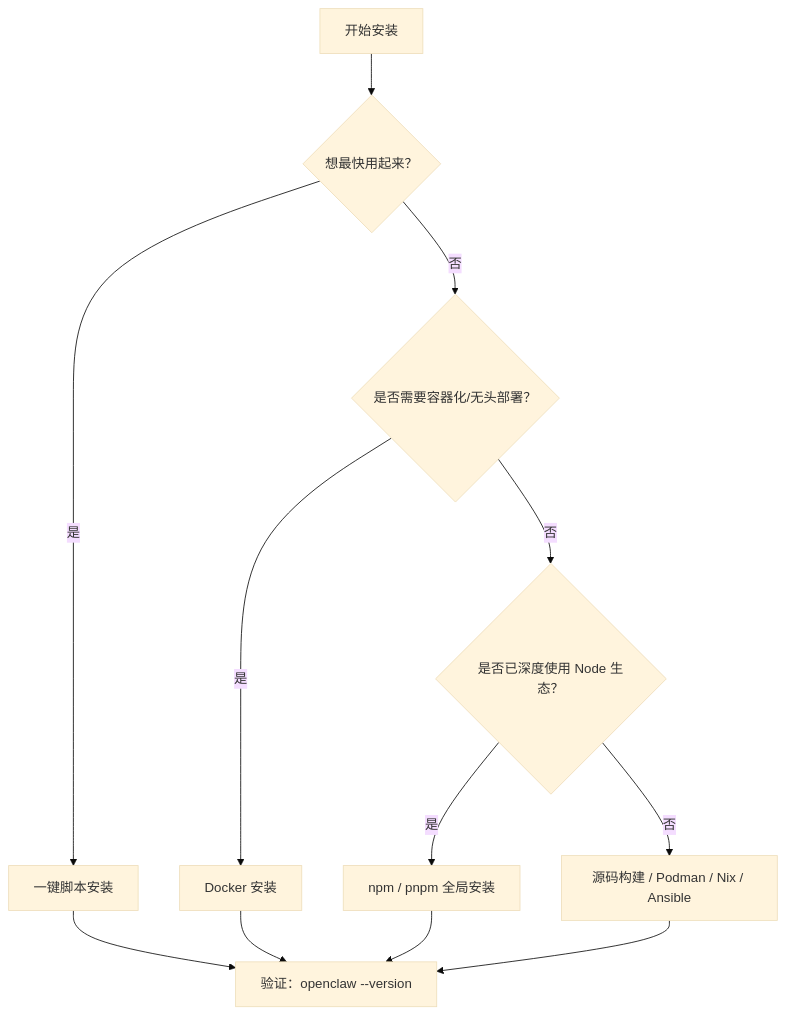
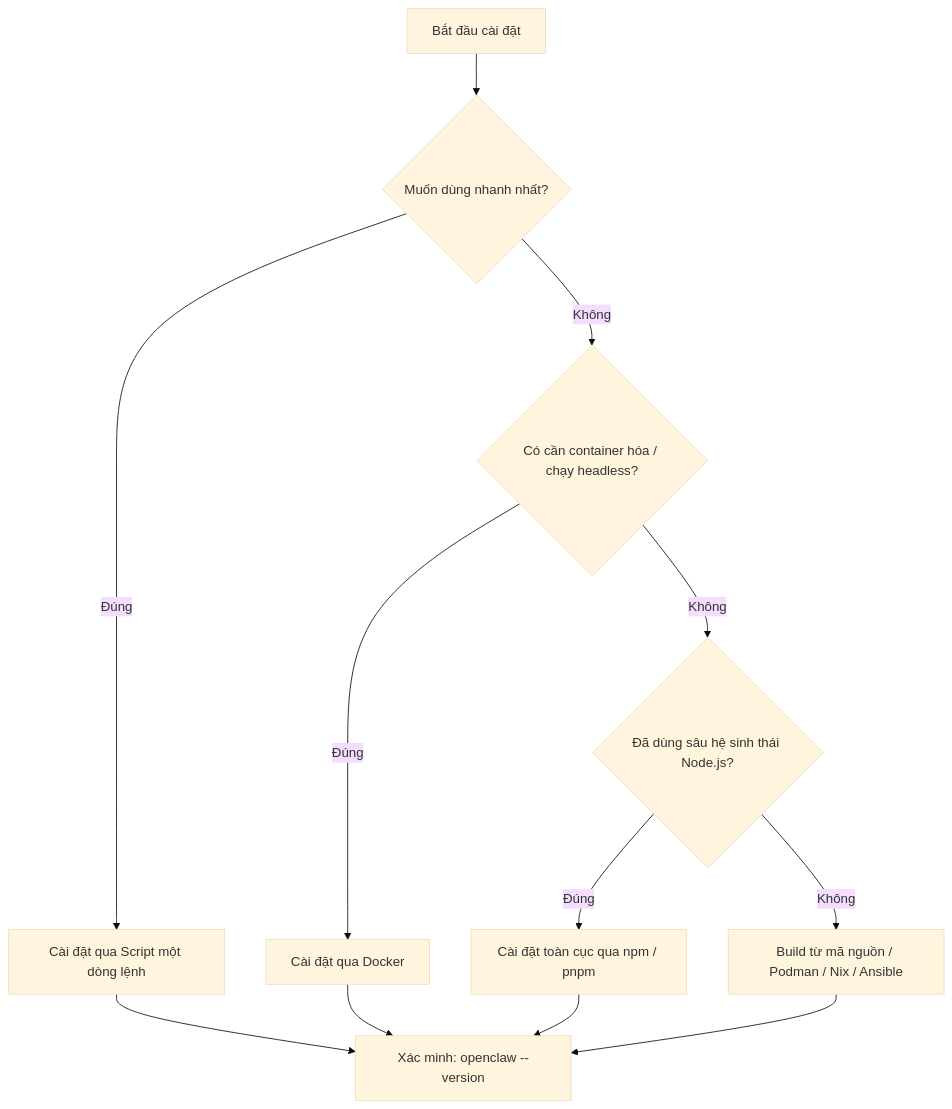
Before and after one commit to dino-edu/openclaw_guide: the diagram in 02_setup/2.2_installation.md, drawn with Mermaid (base theme). The commit also changed other lines of this file and 24 other files, not shown here.

````diff
--- a/02_setup/2.2_installation.md
+++ b/02_setup/2.2_installation.md
@@ -122,15 +122,15 @@
 ```mermaid
 flowchart TD
-  S["开始安装"] --> Q1{"想最快用起来？"}
-  Q1 -->|"是"| A["一键脚本安装"]
-  Q1 -->|"否"| Q2{"是否需要容器化/无头部署？"}
-  Q2 -->|"是"| B["Docker 安装"]
-  Q2 -->|"否"| Q3{"是否已深度使用 Node 生态？"}
-  Q3 -->|"是"| C["npm / pnpm 全局安装"]
-  Q3 -->|"否"| D["源码构建 / Podman / Nix / Ansible"]
+  S["Bắt đầu cài đặt"] --> Q1{"Muốn dùng nhanh nhất?"}
+  Q1 -->|"Đúng"| A["Cài đặt qua Script một dòng lệnh"]
+  Q1 -->|"Không"| Q2{"Có cần container hóa / chạy headless?"}
+  Q2 -->|"Đúng"| B["Cài đặt qua Docker"]
+  Q2 -->|"Không"| Q3{"Đã dùng sâu hệ sinh thái Node.js?"}
+  Q3 -->|"Đúng"| C["Cài đặt toàn cục qua npm / pnpm"]
+  Q3 -->|"Không"| D["Build từ mã nguồn / Podman / Nix / Ansible"]
 
-  A --> V["验证：openclaw --version"]
+  A --> V["Xác minh: openclaw --version"]
   B --> V
   C --> V
   D --> V
 ```
````
